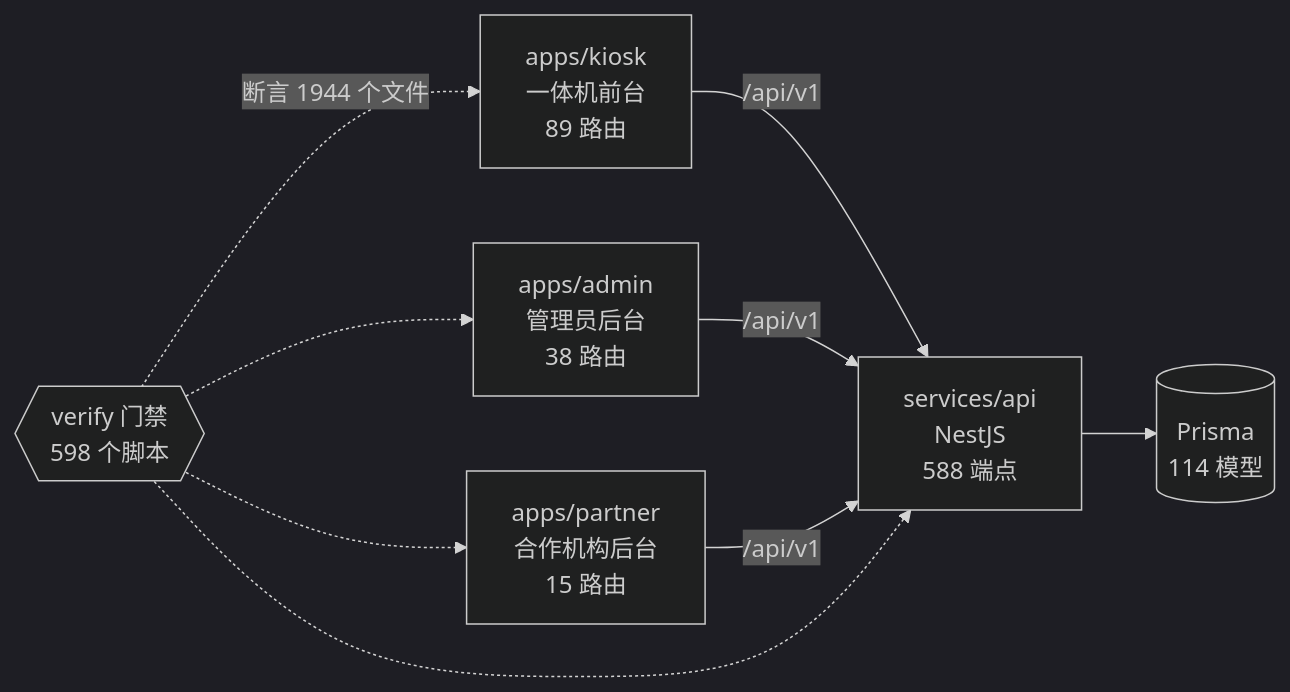
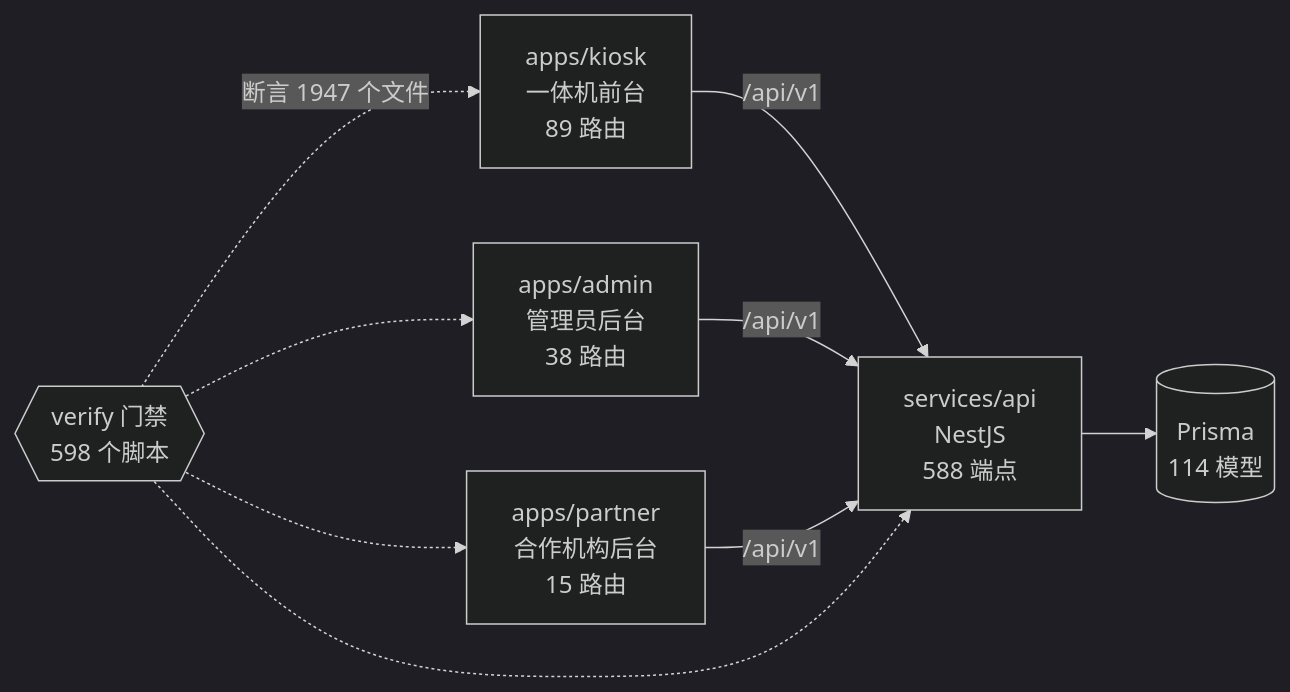
One commit to wanglei581/YITIJI changed the diagram in docs/graph/README.md. Above: the diagram before and after it, drawn with Mermaid (dark theme). The commit also changed other lines of this file and 23 other files, not shown here.

````diff
--- a/docs/graph/README.md
+++ b/docs/graph/README.md
@@ -68,18 +68,18 @@
 ```mermaid
 flowchart LR
   kiosk["apps/kiosk<br/>一体机前台<br/>89 路由"]
   admin["apps/admin<br/>管理员后台<br/>38 路由"]
   partner["apps/partner<br/>合作机构后台<br/>15 路由"]
   api["services/api<br/>NestJS<br/>588 端点"]
   db[("Prisma<br/>114 模型")]
   gates{{"verify 门禁<br/>598 个脚本"}}
 
   kiosk -->|"/api/v1"| api
   admin -->|"/api/v1"| api
   partner -->|"/api/v1"| api
   api --> db
-  gates -.->|"断言 1944 个文件"| kiosk
+  gates -.->|"断言 1947 个文件"| kiosk
   gates -.-> admin
   gates -.-> partner
   gates -.-> api
 ```
````
